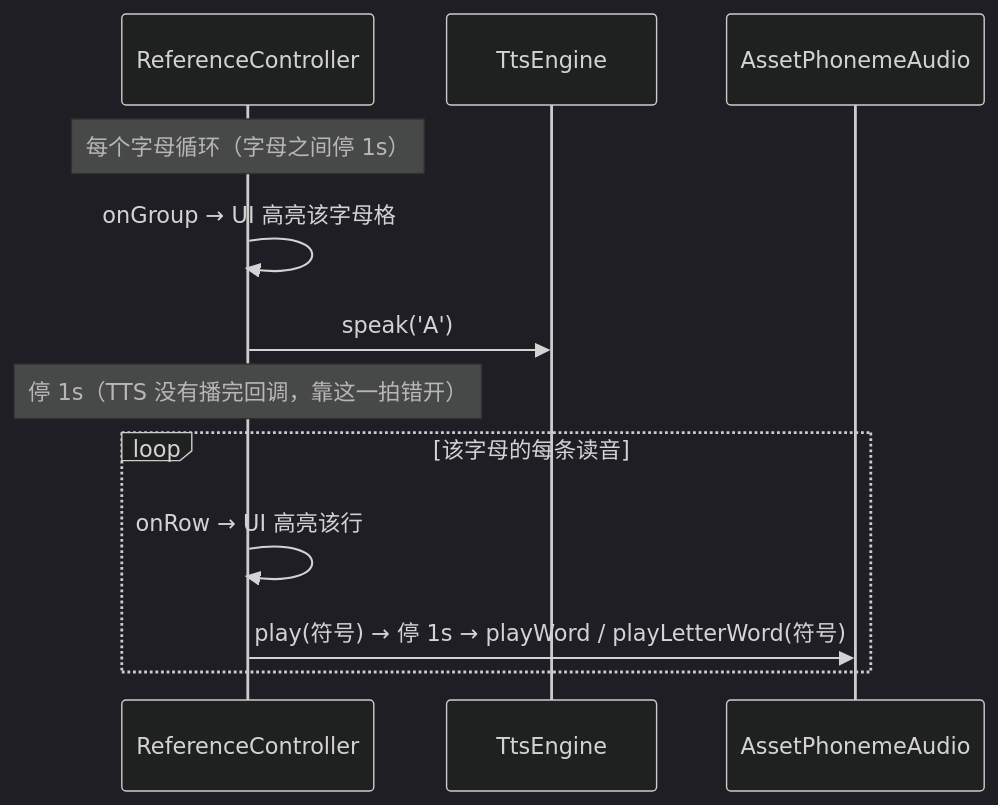
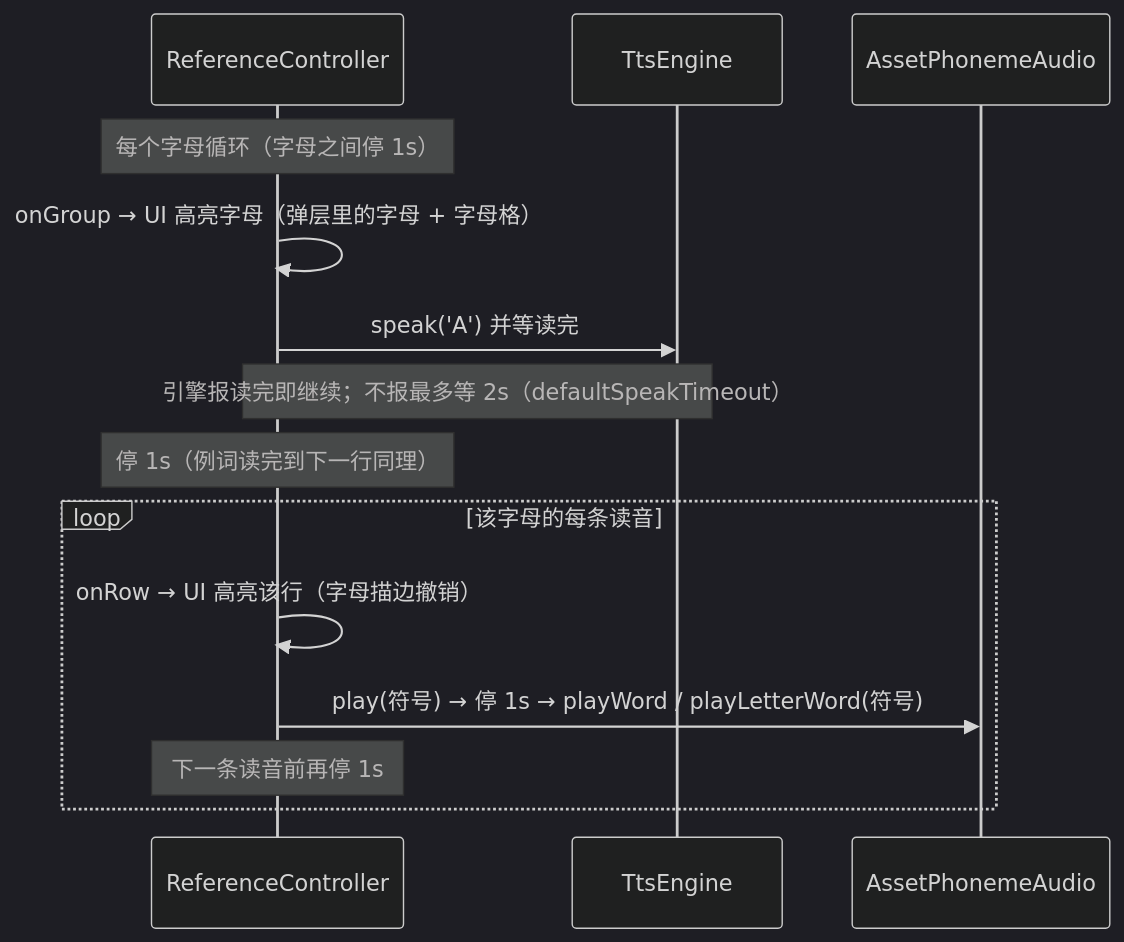
One commit to kindywu/contexta changed the sixth of 7 diagrams in impl/app/flutter/docs/reference-alphabet.md. Above: the diagram before and after it, drawn with Mermaid (dark theme). The commit also changed other lines of this file and 5 other files, not shown here.

````diff
--- a/impl/app/flutter/docs/reference-alphabet.md
+++ b/impl/app/flutter/docs/reference-alphabet.md
@@ -168,14 +171,16 @@
 ```mermaid
 sequenceDiagram
     participant C as ReferenceController
     participant T as TtsEngine
     participant A as AssetPhonemeAudio
     Note over C: 每个字母循环（字母之间停 1s）
-    C->>C: onGroup → UI 高亮该字母格
-    C->>T: speak('A')
-    Note over C: 停 1s（TTS 没有播完回调，靠这一拍错开）
+    C->>C: onGroup → UI 高亮字母（弹层里的字母 + 字母格）
+    C->>T: speak('A') 并等读完
+    Note over C,T: 引擎报读完即继续；不报最多等 2s（defaultSpeakTimeout）
+    Note over C: 停 1s（例词读完到下一行同理）
     loop 该字母的每条读音
-        C->>C: onRow → UI 高亮该行
+        C->>C: onRow → UI 高亮该行（字母描边撤销）
         C->>A: play(符号) → 停 1s → playWord / playLetterWord(符号)
+        Note over C: 下一条读音前再停 1s
     end
 ```
````
